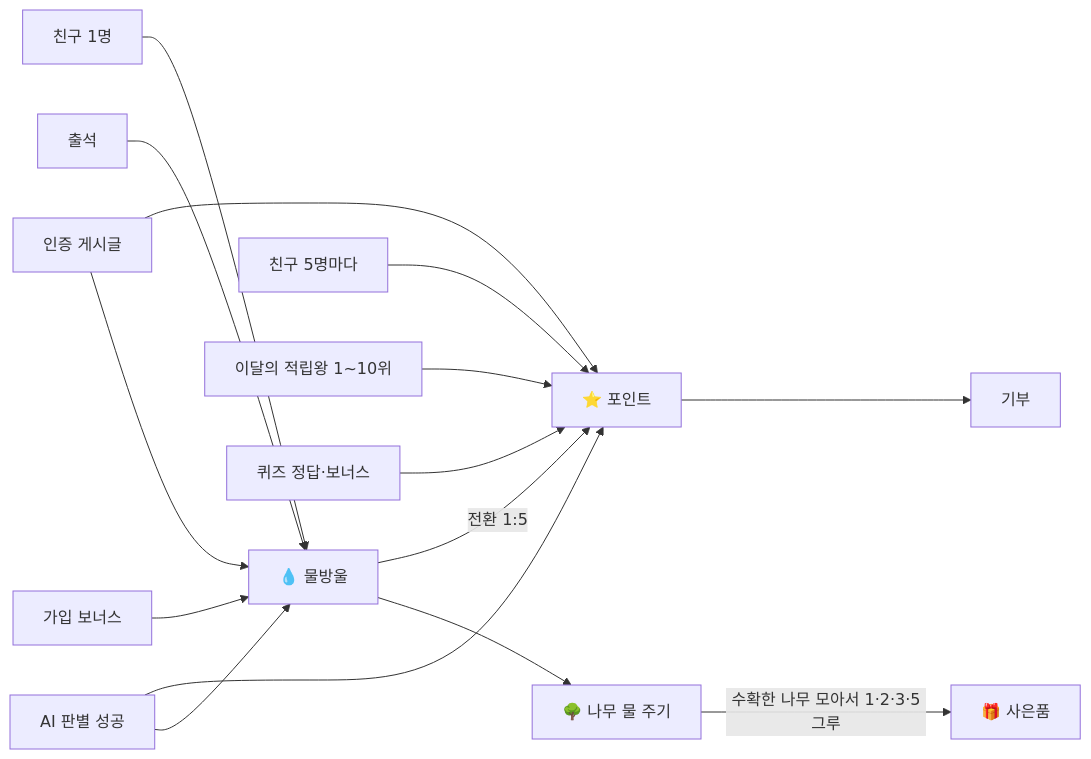
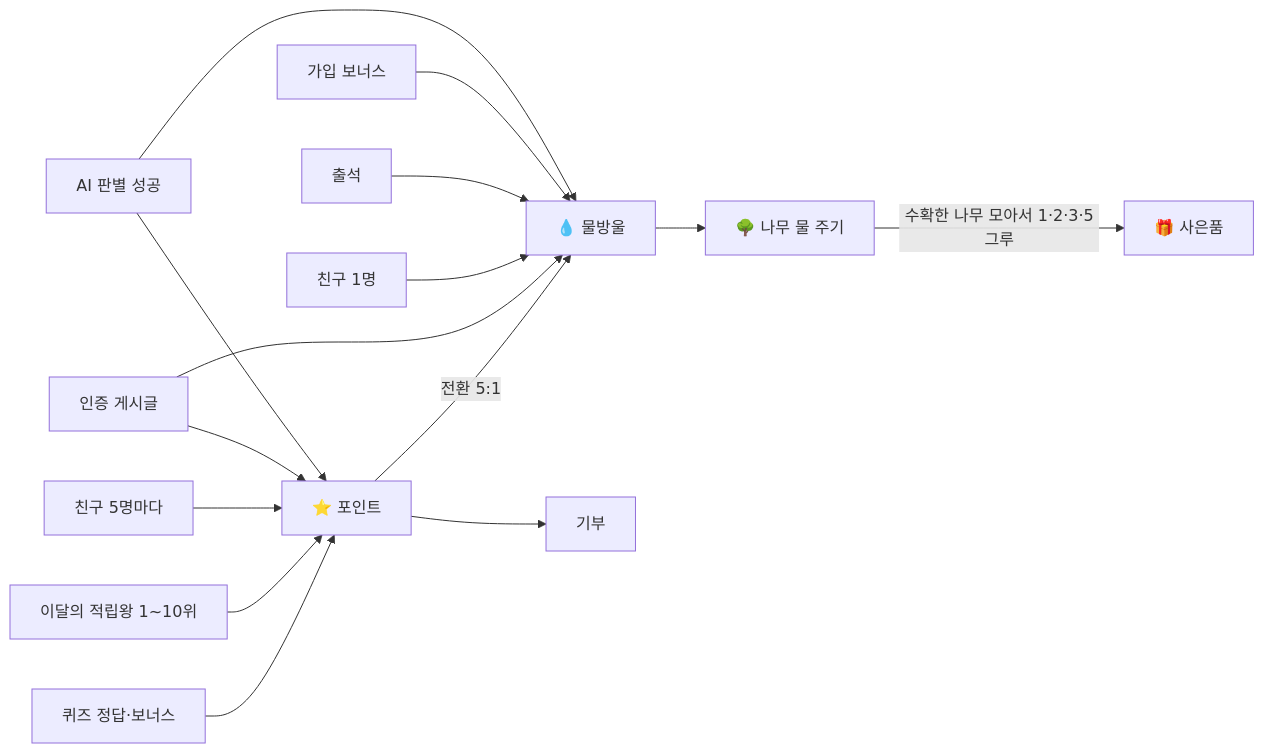
One commit to sillery1962-eng/repick changed the second of 3 diagrams in docs/api-spec.md. Above: the diagram before and after it, drawn with Mermaid. The commit also changed other lines of this file and 6 other files, not shown here.

````diff
--- a/docs/api-spec.md
+++ b/docs/api-spec.md
@@ -44,17 +44,17 @@
 ```mermaid
 flowchart LR
   S[AI 판별 성공] --> D[💧 물방울]
   S --> P[⭐ 포인트]
   J[가입 보너스] --> D
   A[출석] --> D
   F[친구 1명] --> D
   V[인증 게시글] --> D
   V --> P
   F5[친구 5명마다] --> P
   R[이달의 적립왕 1~10위] --> P
   Q[퀴즈 정답·보너스] --> P
   D --> T[🌳 나무 물 주기]
   T -->|수확한 나무 모아서 1·2·3·5그루| G[🎁 사은품]
-  D -->|전환 1:5| P
+  P -->|전환 5:1| D
   P --> DN[기부]
 ```
````
